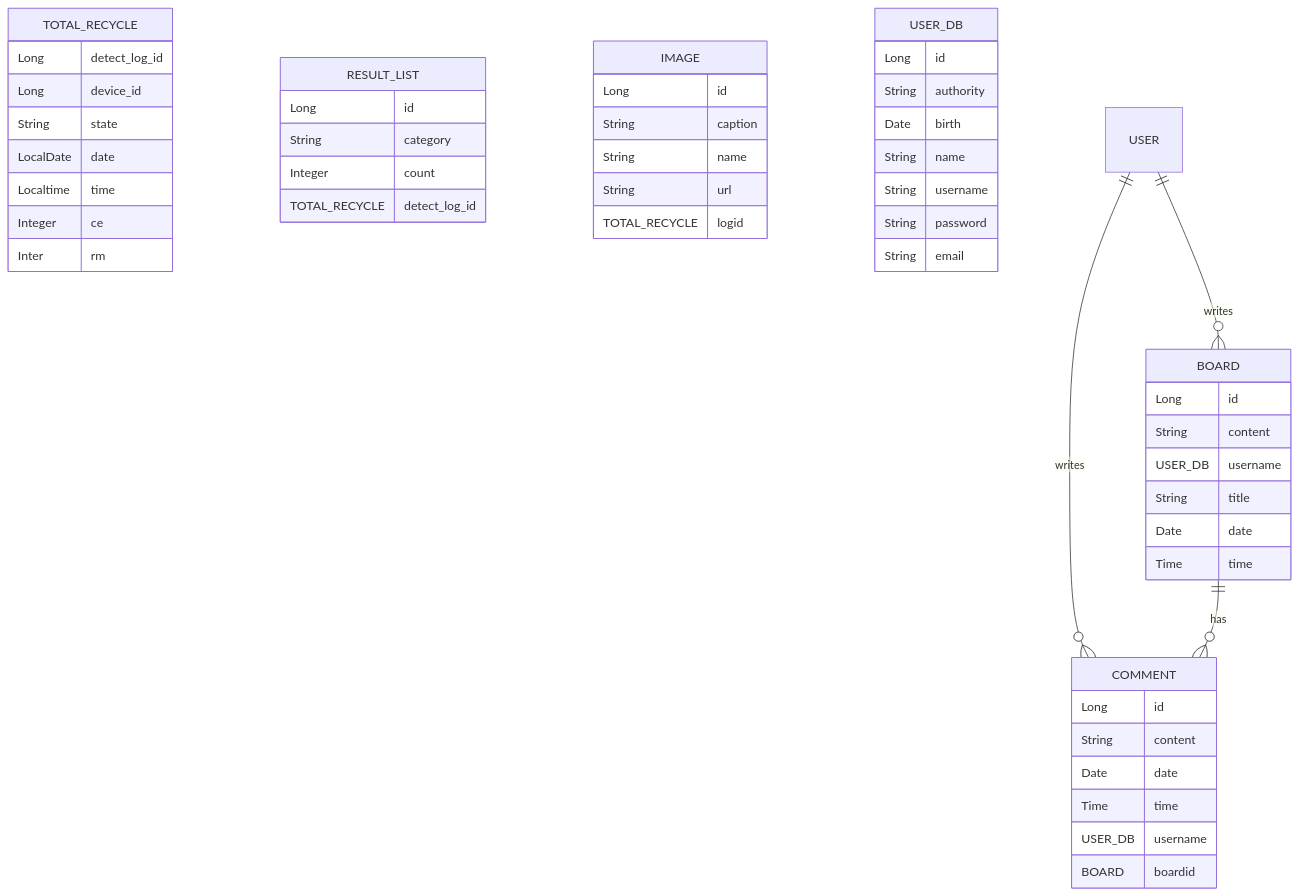
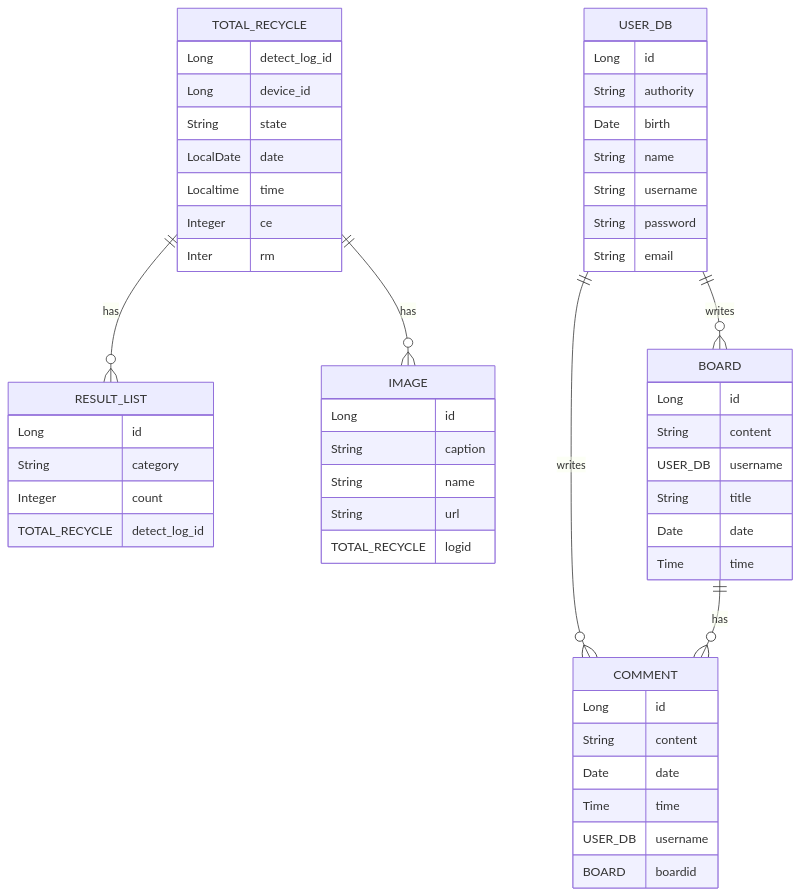
The diagram in README.md (YeDongVibe/AI_Team_project_final), drawn with Mermaid before and after one commit. The commit also changed other lines of this file, not shown here.

````diff
--- a/README.md
+++ b/README.md
@@ -26,61 +26,62 @@
 ```mermaid
 erDiagram
     TOTAL_RECYCLE{
         Long detect_log_id
         Long device_id
         String state
         LocalDate date
         Localtime time
         Integer ce
         Inter rm
     }
 
     RESULT_LIST{
         Long id
         String category
         Integer count
         TOTAL_RECYCLE detect_log_id
     }
 
     IMAGE{
         Long id
         String caption
         String name
         String url
         TOTAL_RECYCLE logid
     }
 
     USER_DB{
         Long id
         String authority
         Date birth
         String name
         String username
         String password
         String email
     }
 
     BOARD{
         Long id
         String content
         USER_DB username
         String title
         Date date
         Time time
     }
 
     COMMENT{
         Long id
         String content
         Date date
         Time time
         USER_DB username
         BOARD boardid
     }
 
-    USER ||--o{ BOARD : writes
-    USER ||--o{ COMMENT : writes
+    USER_DB ||--o{ BOARD : writes
+    USER_DB ||--o{ COMMENT : writes
     BOARD ||--o{ COMMENT : has
-    
+    TOTAL_RECYCLE ||--o{ RESULT_LIST : has
+    TOTAL_RECYCLE ||--o{ IMAGE : has
 
 ```
````
